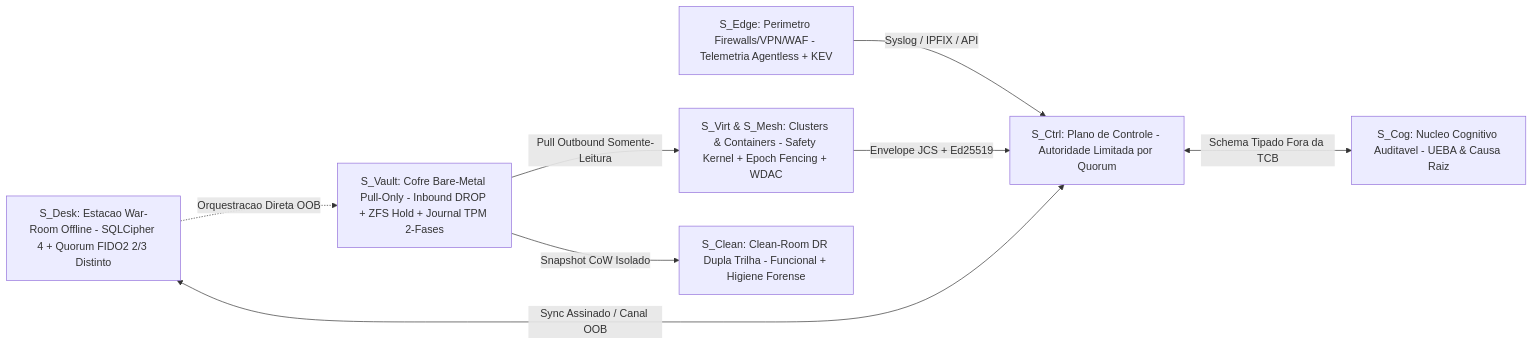
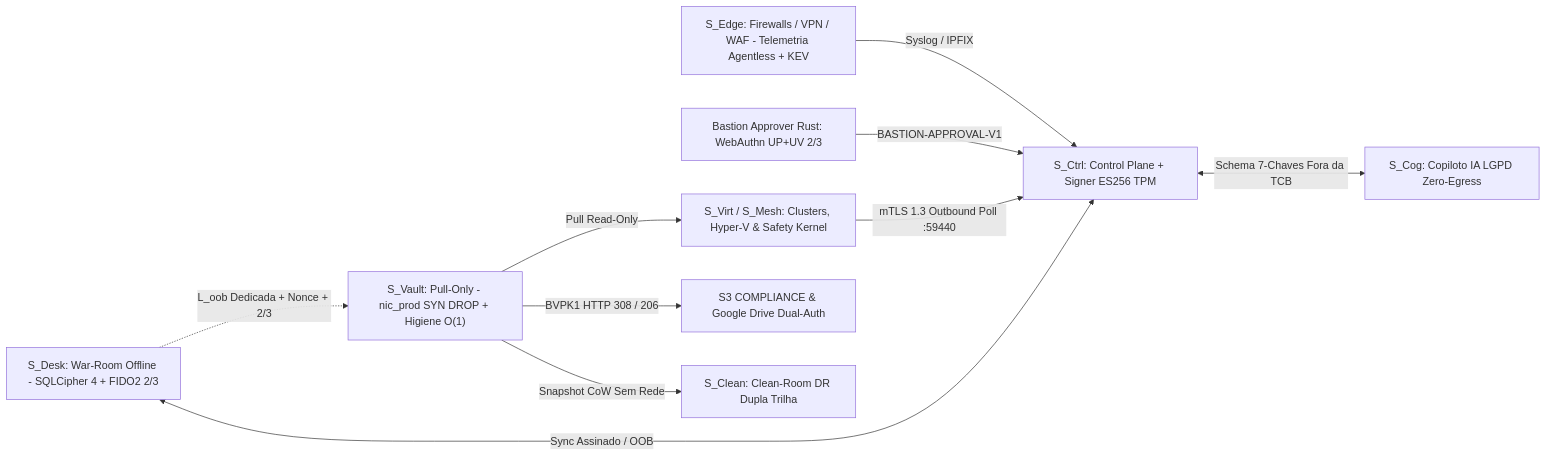
Before and after one commit to ProjectOS-system/vti-research: the diagram in content/VTI-RES-2026-04/executive_brief_pt.md, drawn with Mermaid. The commit also changed other lines of this file and 29 other files, not shown here.

````diff
--- a/content/VTI-RES-2026-04/executive_brief_pt.md
+++ b/content/VTI-RES-2026-04/executive_brief_pt.md
@@ -39,10 +38,12 @@
 ```mermaid
 flowchart LR
-    SEDGE["S_Edge: Perimetro Firewalls/VPN/WAF - Telemetria Agentless + KEV"] -->|"Syslog / IPFIX / API"| CTRL["S_Ctrl: Plano de Controle - Autoridade Limitada por Quorum"]
-    INFRA["S_Virt & S_Mesh: Clusters & Containers - Safety Kernel + Epoch Fencing + WDAC"] -->|"Envelope JCS + Ed25519"| CTRL
-    DESK["S_Desk: Estacao War-Room Offline - SQLCipher 4 + Quorum FIDO2 2/3 Distinto"] <-->|"Sync Assinado / Canal OOB"| CTRL
-    DESK -.->|"Orquestracao Direta OOB"| VAULT["S_Vault: Cofre Bare-Metal Pull-Only - Inbound DROP + ZFS Hold + Journal TPM 2-Fases"]
-    CTRL <-->|"Schema Tipado Fora da TCB"| COG["S_Cog: Nucleo Cognitivo Auditavel - UEBA & Causa Raiz"]
-    VAULT -->|"Pull Outbound Somente-Leitura"| INFRA
-    VAULT -->|"Snapshot CoW Isolado"| CLEAN["S_Clean: Clean-Room DR Dupla Trilha - Funcional + Higiene Forense"]
+    SEDGE["S_Edge: Firewalls / VPN / WAF - Telemetria Agentless + KEV"] -->|"Syslog / IPFIX"| CTRL["S_Ctrl: Control Plane + Signer ES256 TPM"]
+    APP["Bastion Approver Rust: WebAuthn UP+UV 2/3"] -->|"BASTION-APPROVAL-V1"| CTRL
+    INFRA["S_Virt / S_Mesh: Clusters, Hyper-V & Safety Kernel"] -->|"mTLS 1.3 Outbound Poll :59440"| CTRL
+    DESK["S_Desk: War-Room Offline - SQLCipher 4 + FIDO2 2/3"] <-->|"Sync Assinado / OOB"| CTRL
+    DESK -.->|"L_oob Dedicada + Nonce + 2/3"| VAULT["S_Vault: Pull-Only - nic_prod SYN DROP + Higiene O(1)"]
+    CTRL <-->|"Schema 7-Chaves Fora da TCB"| COG["S_Cog: Copiloto IA LGPD Zero-Egress"]
+    VAULT -->|"Pull Read-Only"| INFRA
+    VAULT -->|"BVPK1 HTTP 308 / 206"| CLOUD["S3 COMPLIANCE & Google Drive Dual-Auth"]
+    VAULT -->|"Snapshot CoW Sem Rede"| CLEAN["S_Clean: Clean-Room DR Dupla Trilha"]
 ```
````
